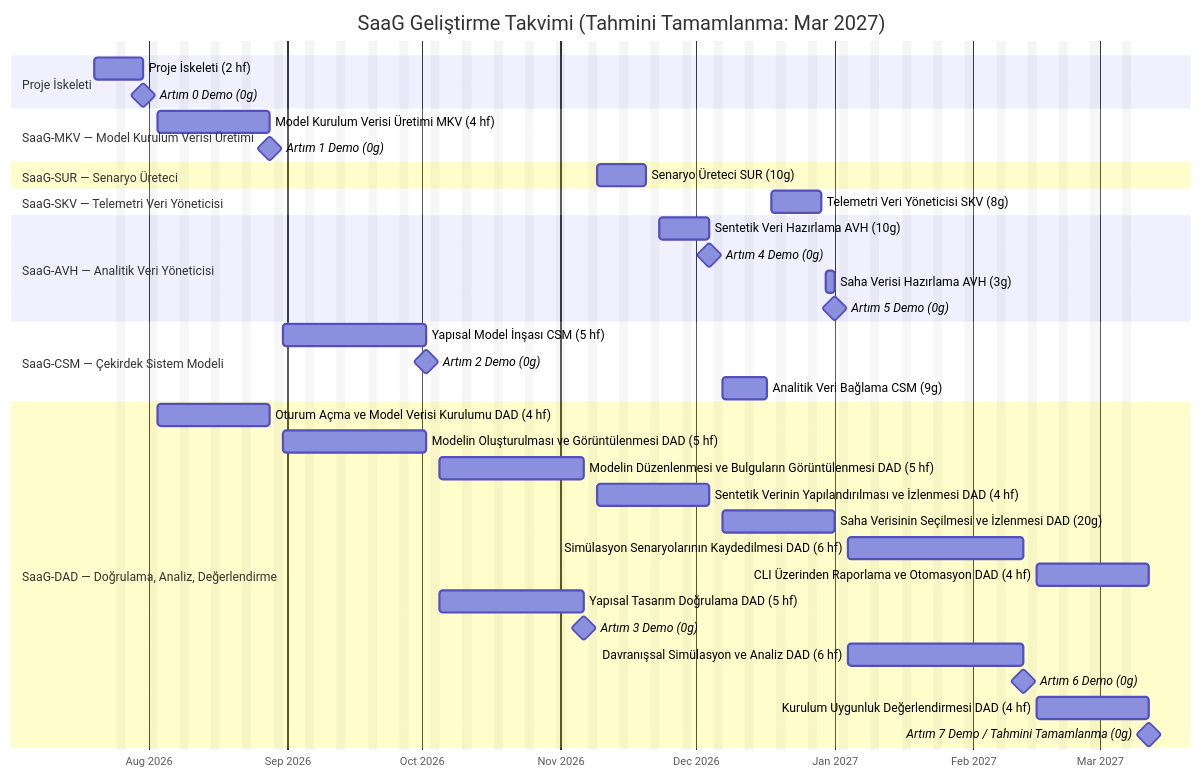
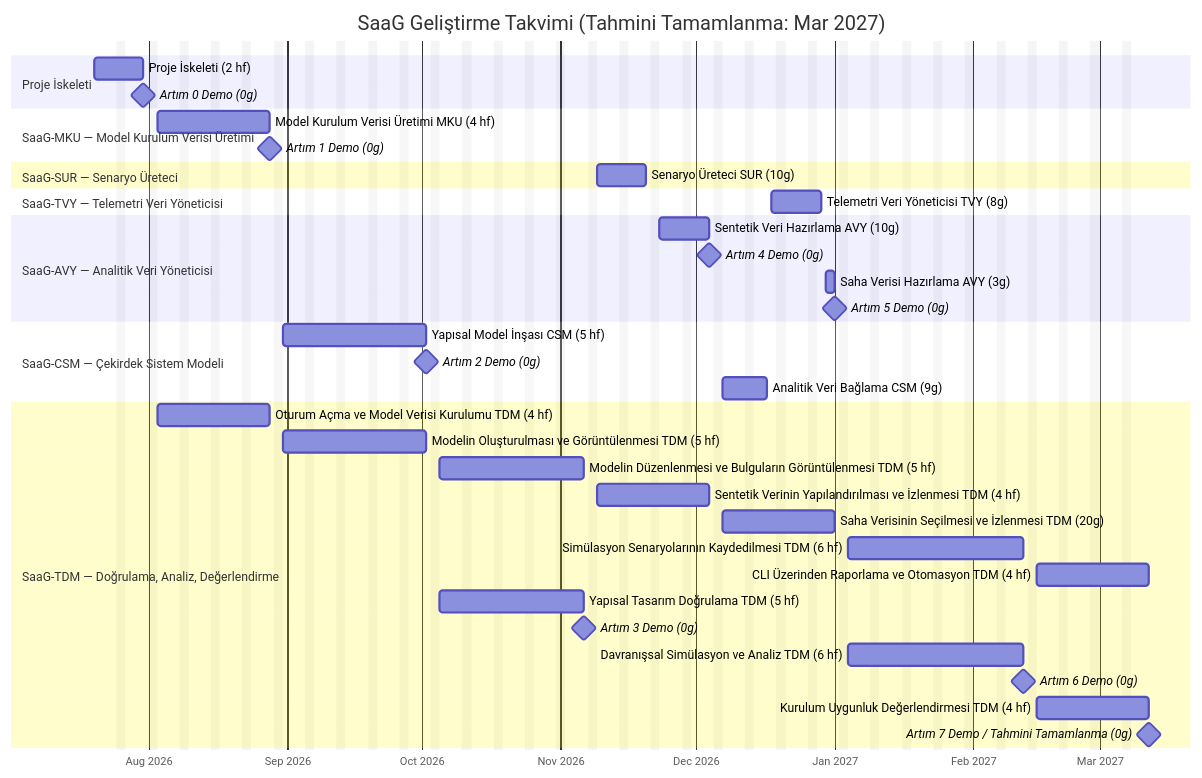
The diagram in docs/planning/SDP.tr.md (onuralpyigit/system-as-a-graph), drawn with Mermaid before and after one commit. The commit also changed other lines of this file and 8 other files, not shown here.

````diff
--- a/docs/planning/SDP.tr.md
+++ b/docs/planning/SDP.tr.md
@@ -298,48 +298,48 @@
 ```mermaid
 %%{init: { 'themeVariables': { 'excludeBkgColor': 'rgba(128,128,128,0.08)' } } }%%
 gantt
     title SaaG Geliştirme Takvimi (Tahmini Tamamlanma: Mar 2027)
     dateFormat YYYY-MM-DD
     axisFormat %b %Y
     excludes weekends
 
     section Proje İskeleti
     Proje İskeleti (2 hf)      :scaffold1, 2026-07-20, 2026-07-31
     Artım 0 Demo (0g)               :milestone, demo0, after scaffold1, 0d
 
-    section SaaG-MKV — Model Kurulum Verisi Üretimi
-    Model Kurulum Verisi Üretimi MKV (4 hf)               :msd, 2026-08-03, 2026-08-28
+    section SaaG-MKU — Model Kurulum Verisi Üretimi
+    Model Kurulum Verisi Üretimi MKU (4 hf)               :msd, 2026-08-03, 2026-08-28
     Artım 1 Demo (0g)                                    :milestone, demo1, after msd, 0d
 
     section SaaG-SUR — Senaryo Üreteci
     Senaryo Üreteci SUR (10g)                       :scg, 2026-11-09, 2026-11-20
 
-    section SaaG-SKV — Telemetri Veri Yöneticisi
-    Telemetri Veri Yöneticisi SKV (8g)                    :frd, 2026-12-18, 2026-12-29
+    section SaaG-TVY — Telemetri Veri Yöneticisi
+    Telemetri Veri Yöneticisi TVY (8g)                    :frd, 2026-12-18, 2026-12-29
 
-    section SaaG-AVH — Analitik Veri Yöneticisi
-    Sentetik Veri Hazırlama AVH (10g)          :adpa, 2026-11-23, 2026-12-04
+    section SaaG-AVY — Analitik Veri Yöneticisi
+    Sentetik Veri Hazırlama AVY (10g)          :adpa, 2026-11-23, 2026-12-04
     Artım 4 Demo (0g)                                    :milestone, demo4, after adpa, 0d
-    Saha Verisi Hazırlama AVH (3g)                :adpb, 2026-12-30, 2027-01-01
+    Saha Verisi Hazırlama AVY (3g)                :adpb, 2026-12-30, 2027-01-01
     Artım 5 Demo (0g)                                    :milestone, demo5, after adpb, 0d
 
     section SaaG-CSM — Çekirdek Sistem Modeli
     Yapısal Model İnşası CSM (5 hf)                         :csm01, 2026-08-31, 2026-10-02
     Artım 2 Demo (0g)                                    :milestone, demo2, after csm01, 0d
     Analitik Veri Bağlama CSM (9g)                          :csm02, 2026-12-07, 2026-12-17
 
-    section SaaG-DAD — Doğrulama, Analiz, Değerlendirme
-    Oturum Açma ve Model Verisi Kurulumu DAD (4 hf)        :vae01a, 2026-08-03, 2026-08-28
-    Modelin Oluşturulması ve Görüntülenmesi DAD (5 hf)               :vae01b, 2026-08-31, 2026-10-02
-    Modelin Düzenlenmesi ve Bulguların Görüntülenmesi DAD (5 hf)       :vae01c, 2026-10-05, 2026-11-06
-    Sentetik Verinin Yapılandırılması ve İzlenmesi DAD (4 hf) :vae01de, 2026-11-09, 2026-12-04
-    Saha Verisinin Seçilmesi ve İzlenmesi DAD (20g) :vae01f, 2026-12-07, 2027-01-01
-    Simülasyon Senaryolarının Kaydedilmesi DAD (6 hf)           :vae01g, 2027-01-04, 2027-02-12
-    CLI Üzerinden Raporlama ve Otomasyon DAD (4 hf)             :vae01h, 2027-02-15, 2027-03-12
-    Yapısal Tasarım Doğrulama DAD (5 hf)                   :vae02, 2026-10-05, 2026-11-06
+    section SaaG-TDM — Doğrulama, Analiz, Değerlendirme
+    Oturum Açma ve Model Verisi Kurulumu TDM (4 hf)        :vae01a, 2026-08-03, 2026-08-28
+    Modelin Oluşturulması ve Görüntülenmesi TDM (5 hf)               :vae01b, 2026-08-31, 2026-10-02
+    Modelin Düzenlenmesi ve Bulguların Görüntülenmesi TDM (5 hf)       :vae01c, 2026-10-05, 2026-11-06
+    Sentetik Verinin Yapılandırılması ve İzlenmesi TDM (4 hf) :vae01de, 2026-11-09, 2026-12-04
+    Saha Verisinin Seçilmesi ve İzlenmesi TDM (20g) :vae01f, 2026-12-07, 2027-01-01
+    Simülasyon Senaryolarının Kaydedilmesi TDM (6 hf)           :vae01g, 2027-01-04, 2027-02-12
+    CLI Üzerinden Raporlama ve Otomasyon TDM (4 hf)             :vae01h, 2027-02-15, 2027-03-12
+    Yapısal Tasarım Doğrulama TDM (5 hf)                   :vae02, 2026-10-05, 2026-11-06
     Artım 3 Demo (0g)                                    :milestone, demo3, after vae02, 0d
-    Davranışsal Simülasyon ve Analiz DAD (6 hf)             :vae03, 2027-01-04, 2027-02-12
+    Davranışsal Simülasyon ve Analiz TDM (6 hf)             :vae03, 2027-01-04, 2027-02-12
     Artım 6 Demo (0g)                                    :milestone, demo6, after vae03, 0d
-    Kurulum Uygunluk Değerlendirmesi DAD (4 hf)                 :vae04, 2027-02-15, 2027-03-12
+    Kurulum Uygunluk Değerlendirmesi TDM (4 hf)                 :vae04, 2027-02-15, 2027-03-12
     Artım 7 Demo / Tahmini Tamamlanma (0g)             :milestone, completion, after vae04, 0d
 ```
````
